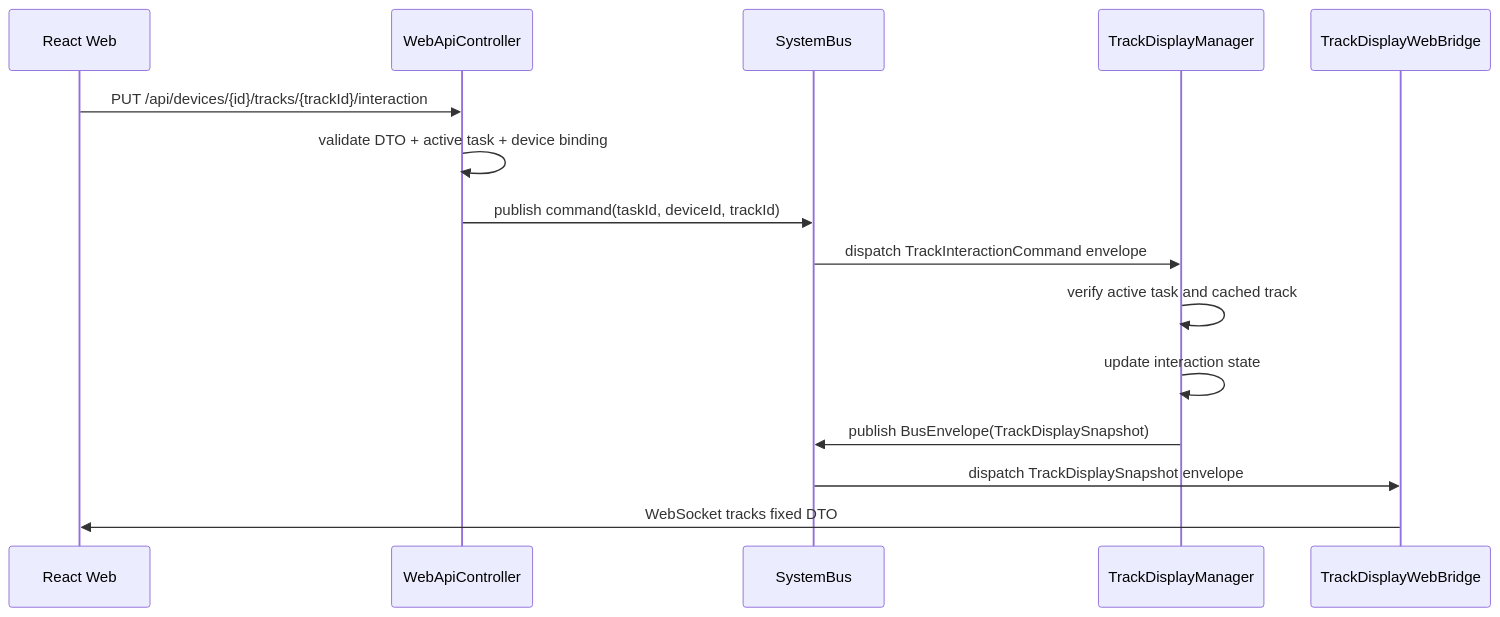
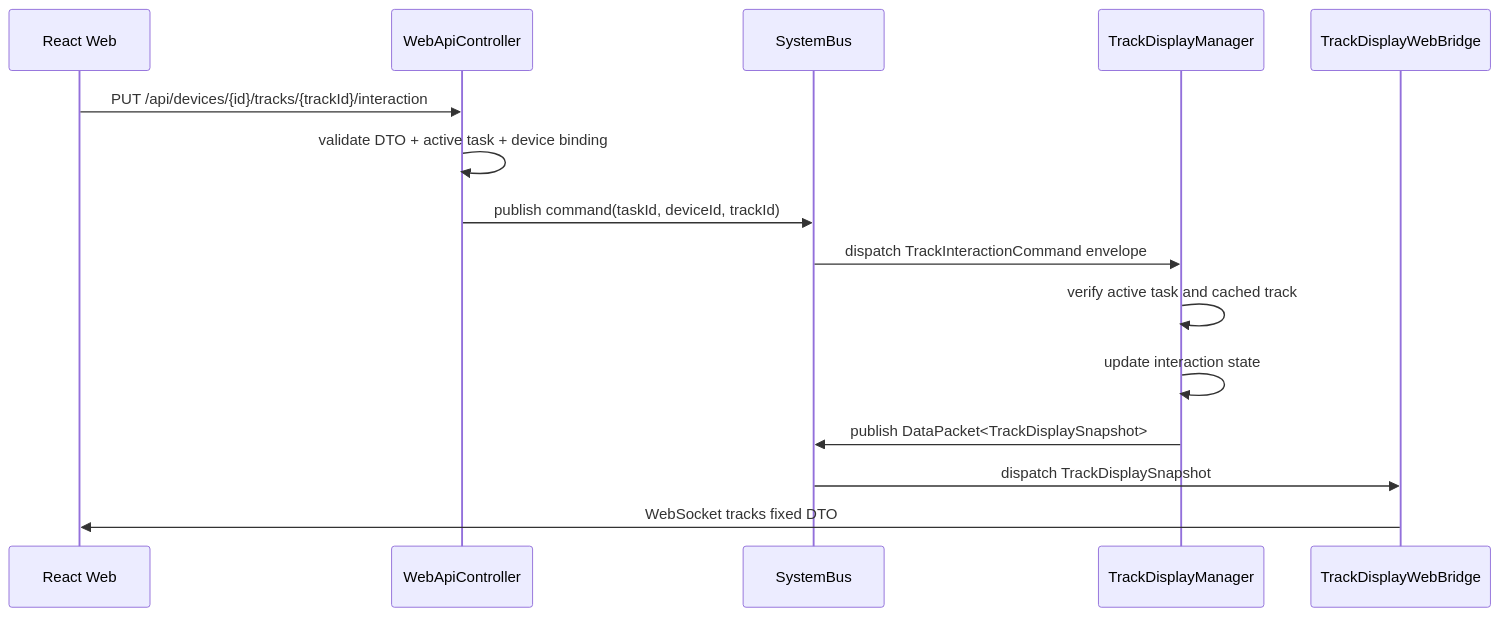
The third of 7 diagrams in doc/architecture/05-核心流程.md (YoungL524/newAnti_arch), drawn with Mermaid before and after one commit. The commit also changed other lines of this file and 33 other files, not shown here.

````diff
--- a/doc/architecture/05-核心流程.md
+++ b/doc/architecture/05-核心流程.md
@@ -40,18 +72,18 @@
 ```mermaid
 sequenceDiagram
     participant UI as React Web
     participant API as WebApiController
     participant Bus as SystemBus
     participant Track as TrackDisplayManager
     participant WebBridge as TrackDisplayWebBridge
 
     UI->>API: PUT /api/devices/{id}/tracks/{trackId}/interaction
     API->>API: validate DTO + active task + device binding
     API->>Bus: publish command(taskId, deviceId, trackId)
     Bus->>Track: dispatch TrackInteractionCommand envelope
     Track->>Track: verify active task and cached track
     Track->>Track: update interaction state
-    Track->>Bus: publish BusEnvelope(TrackDisplaySnapshot)
-    Bus->>WebBridge: dispatch TrackDisplaySnapshot envelope
+    Track->>Bus: publish DataPacket<TrackDisplaySnapshot>
+    Bus->>WebBridge: dispatch TrackDisplaySnapshot
     WebBridge->>UI: WebSocket tracks fixed DTO
 ```
````
